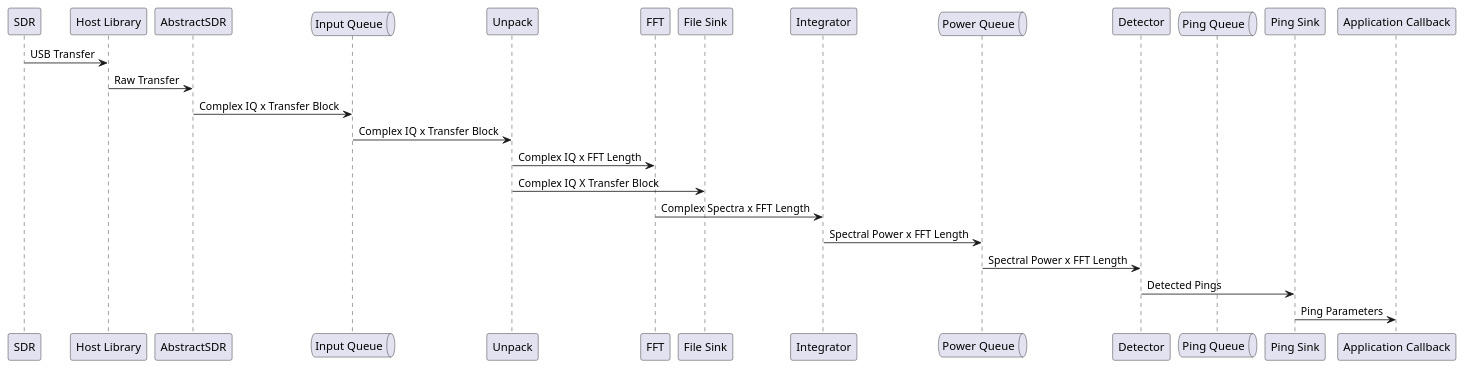
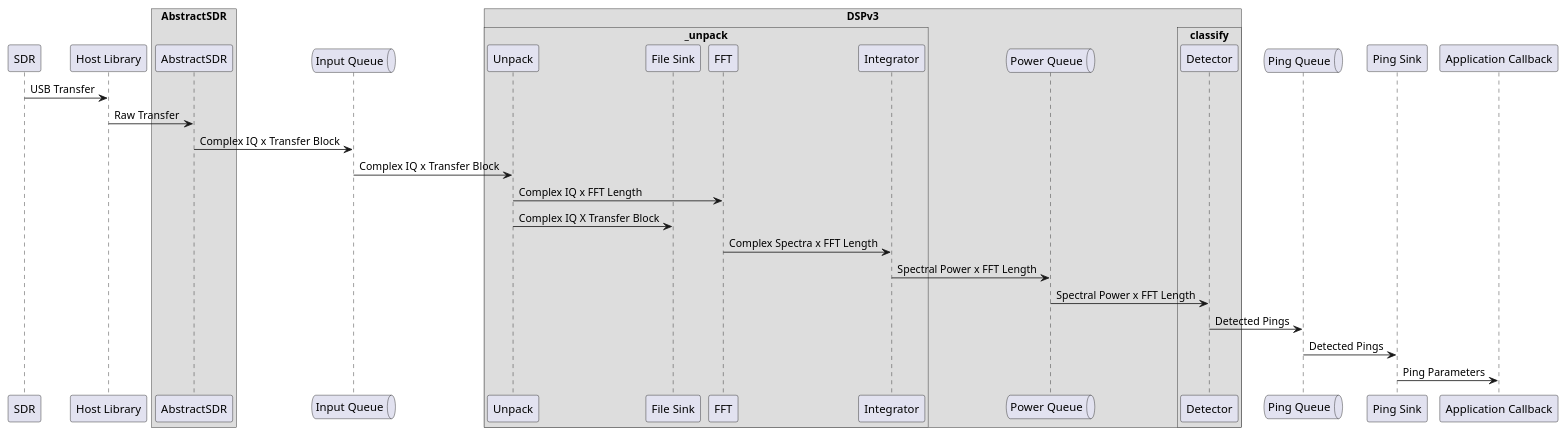
Before and after one commit to UCSD-E4E/radio_collar_tracker_dsp2: the second of 3 diagrams in docs/flow.puml, drawn with PlantUML.

Commit message:
Updated box

```diff
--- a/docs/flow.puml
+++ b/docs/flow.puml
@@ -32,16 +32,34 @@
 @startuml RCT Signal Processing Diagram
+!pragma teoz true
+participant SDR
+participant "Host Library"
+box "AbstractSDR"
+participant "AbstractSDR"
+end box
+queue "Input Queue" as i_q
+box "DSPv3"
+box "_unpack"
+participant Unpack
+participant "File Sink"
+participant FFT
+participant Integrator
+end box
+queue "Power Queue" as c_q
+box "classify"
+participant Detector
+end box
+end box
 SDR -> "Host Library" : USB Transfer
 "Host Library" -> AbstractSDR : Raw Transfer
-queue "Input Queue" as i_q
 AbstractSDR -> i_q : Complex IQ x Transfer Block
 i_q -> Unpack : Complex IQ x Transfer Block
 Unpack -> FFT : Complex IQ x FFT Length
 Unpack -> "File Sink" : Complex IQ X Transfer Block
 FFT -> Integrator : Complex Spectra x FFT Length
-queue "Power Queue" as c_q
 Integrator -> c_q : Spectral Power x FFT Length
 c_q -> Detector : Spectral Power x FFT Length
 queue "Ping Queue" as p_q
-Detector -> "Ping Sink" : Detected Pings
+Detector -> p_q : Detected Pings
+p_q -> "Ping Sink" : Detected Pings
 "Ping Sink" -> "Application Callback" : Ping Parameters
 @enduml
```
